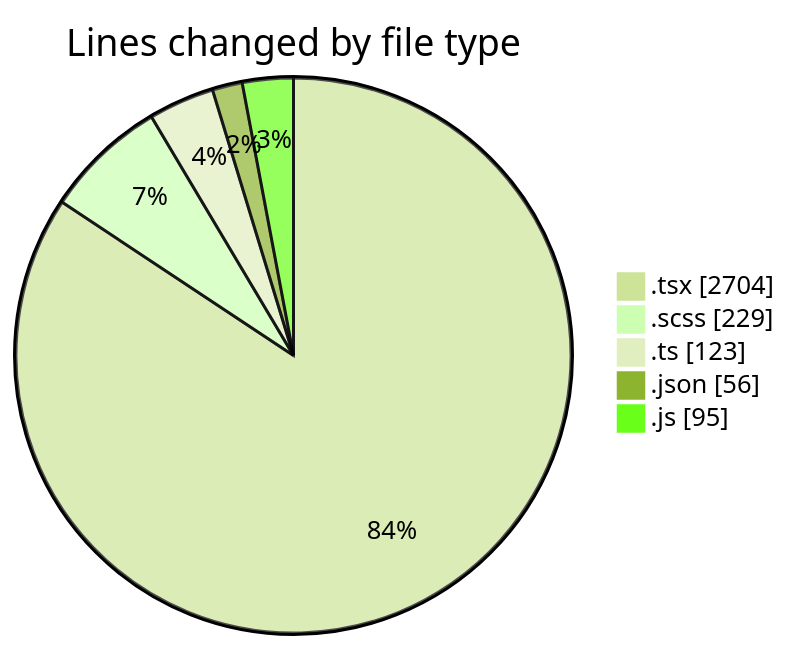
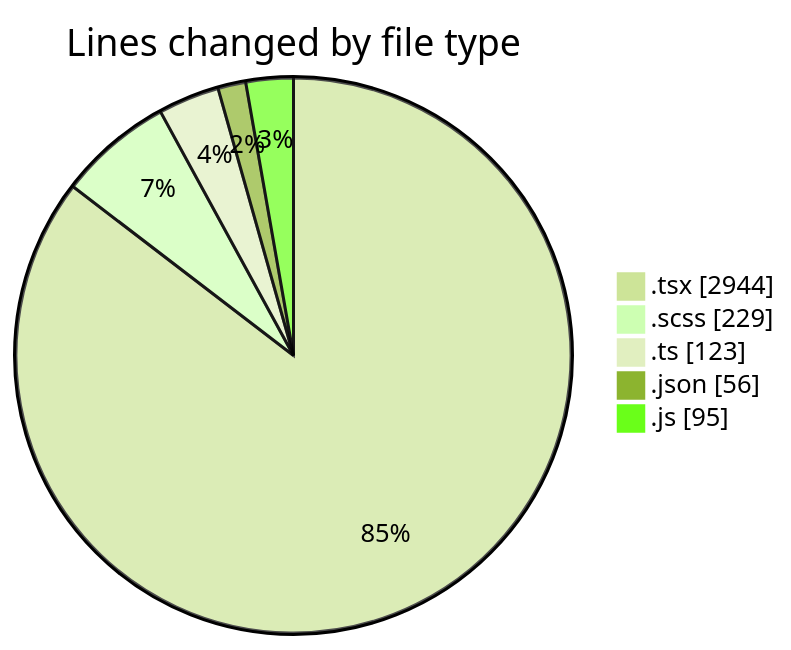
The first of 2 diagrams in 2026-10-30/cda/README.md (momahboobian/code-tracking), drawn with Mermaid (forest theme) before and after one commit. The commit also changed other lines of this file and 1 other file, not shown here.

````diff
--- a/2026-10-30/cda/README.md
+++ b/2026-10-30/cda/README.md
@@ -40,9 +41,9 @@
 ```mermaid
 pie showData
 title Lines changed by file type
-".tsx" : 2704
+".tsx" : 2944
 ".scss" : 229
 ".ts" : 123
 ".json" : 56
 ".js" : 95
 ```
````
